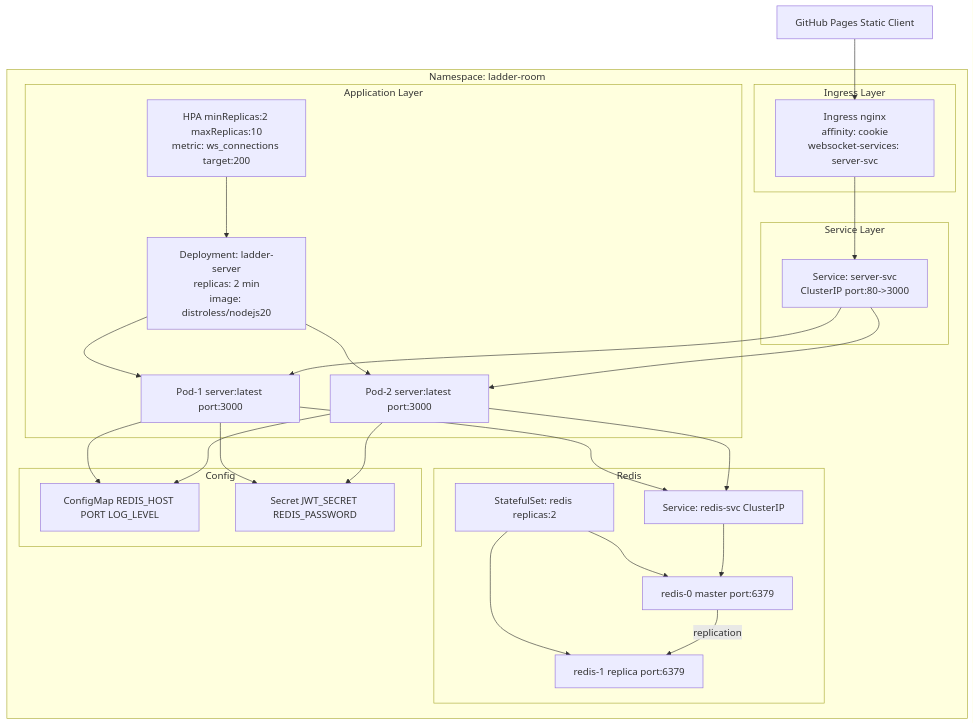
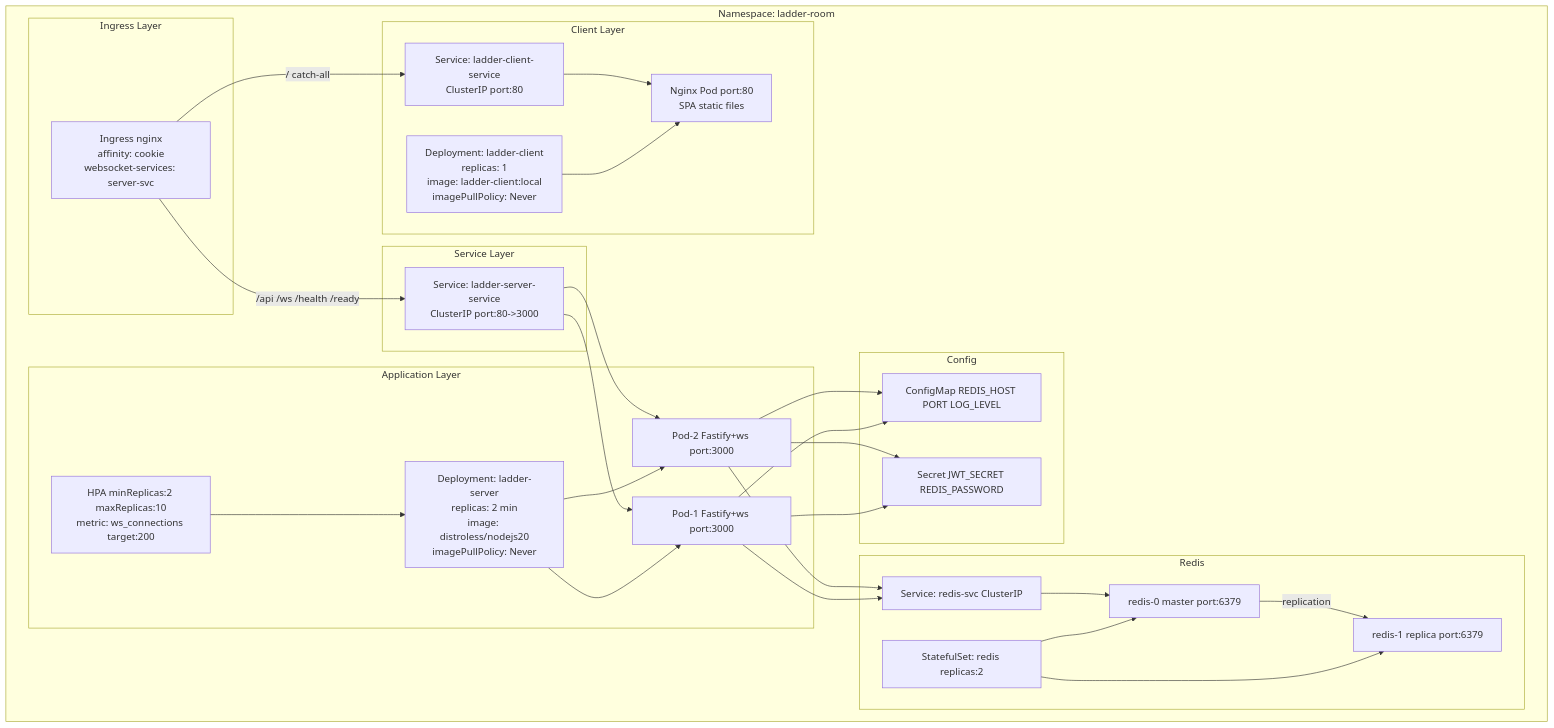
Before and after one commit to ibalasite/climb_stairs: the third of 6 diagrams in docs/EDD.md, drawn with Mermaid. The commit also changed other lines of this file and 2 other files, not shown here.

````diff
--- a/docs/EDD.md
+++ b/docs/EDD.md
@@ -246,50 +254,57 @@
 ```mermaid
 graph TD
     subgraph NS["Namespace: ladder-room"]
         subgraph IngressLayer["Ingress Layer"]
             ING["Ingress nginx\naffinity: cookie\nwebsocket-services: server-svc"]
         end
 
+        subgraph ClientLayer["Client Layer"]
+            CDEP["Deployment: ladder-client\nreplicas: 1\nimage: ladder-client:local\nimagePullPolicy: Never"]
+            CPOD["Nginx Pod port:80\nSPA static files"]
+            CSVC["Service: ladder-client-service\nClusterIP port:80"]
+            CDEP --> CPOD
+            CSVC --> CPOD
+        end
+
         subgraph AppLayer["Application Layer"]
-            DEP["Deployment: ladder-server\nreplicas: 2 min\nimage: distroless/nodejs20"]
-            POD1["Pod-1 server:latest port:3000"]
-            POD2["Pod-2 server:latest port:3000"]
+            DEP["Deployment: ladder-server\nreplicas: 2 min\nimage: distroless/nodejs20\nimagePullPolicy: Never"]
+            POD1["Pod-1 Fastify+ws port:3000"]
+            POD2["Pod-2 Fastify+ws port:3000"]
             DEP --> POD1
             DEP --> POD2
             HPA["HPA minReplicas:2 maxReplicas:10\nmetric: ws_connections target:200"]
             HPA --> DEP
         end
 
         subgraph ServiceLayer["Service Layer"]
-            SVC["Service: server-svc\nClusterIP port:80->3000"]
+            SVC["Service: ladder-server-service\nClusterIP port:80->3000"]
         end
 
         subgraph StatefulLayer["Redis"]
             RSTS["StatefulSet: redis replicas:2"]
             RPOD0["redis-0 master port:6379"]
             RPOD1["redis-1 replica port:6379"]
             RSVC["Service: redis-svc ClusterIP"]
             RSTS --> RPOD0
             RSTS --> RPOD1
             RPOD0 --> |"replication"| RPOD1
         end
 
         subgraph ConfigLayer["Config"]
             CM["ConfigMap REDIS_HOST PORT LOG_LEVEL"]
             SEC["Secret JWT_SECRET REDIS_PASSWORD"]
         end
 
-        ING --> SVC
+        ING --> |"/api /ws /health /ready"| SVC
+        ING --> |"/ catch-all"| CSVC
         SVC --> POD1
         SVC --> POD2
         POD1 --> RSVC
         POD2 --> RSVC
         RSVC --> RPOD0
         POD1 --> CM
         POD1 --> SEC
         POD2 --> CM
         POD2 --> SEC
     end
-
-    GHP["GitHub Pages Static Client"] --> ING
 ```
````
